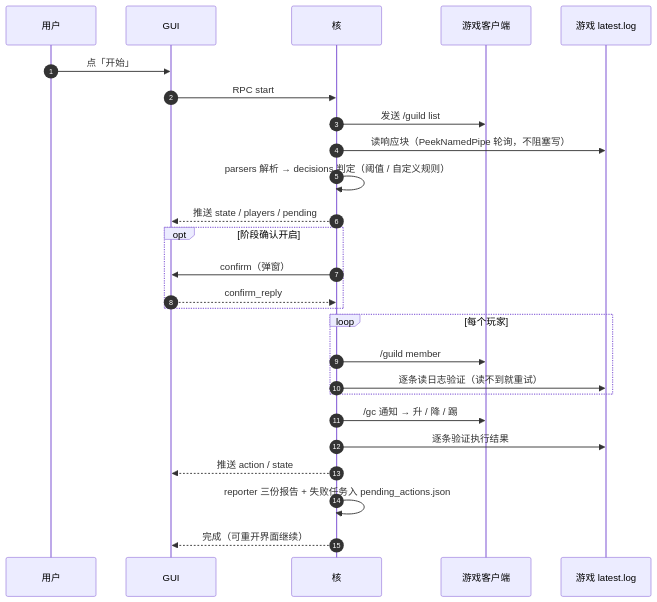
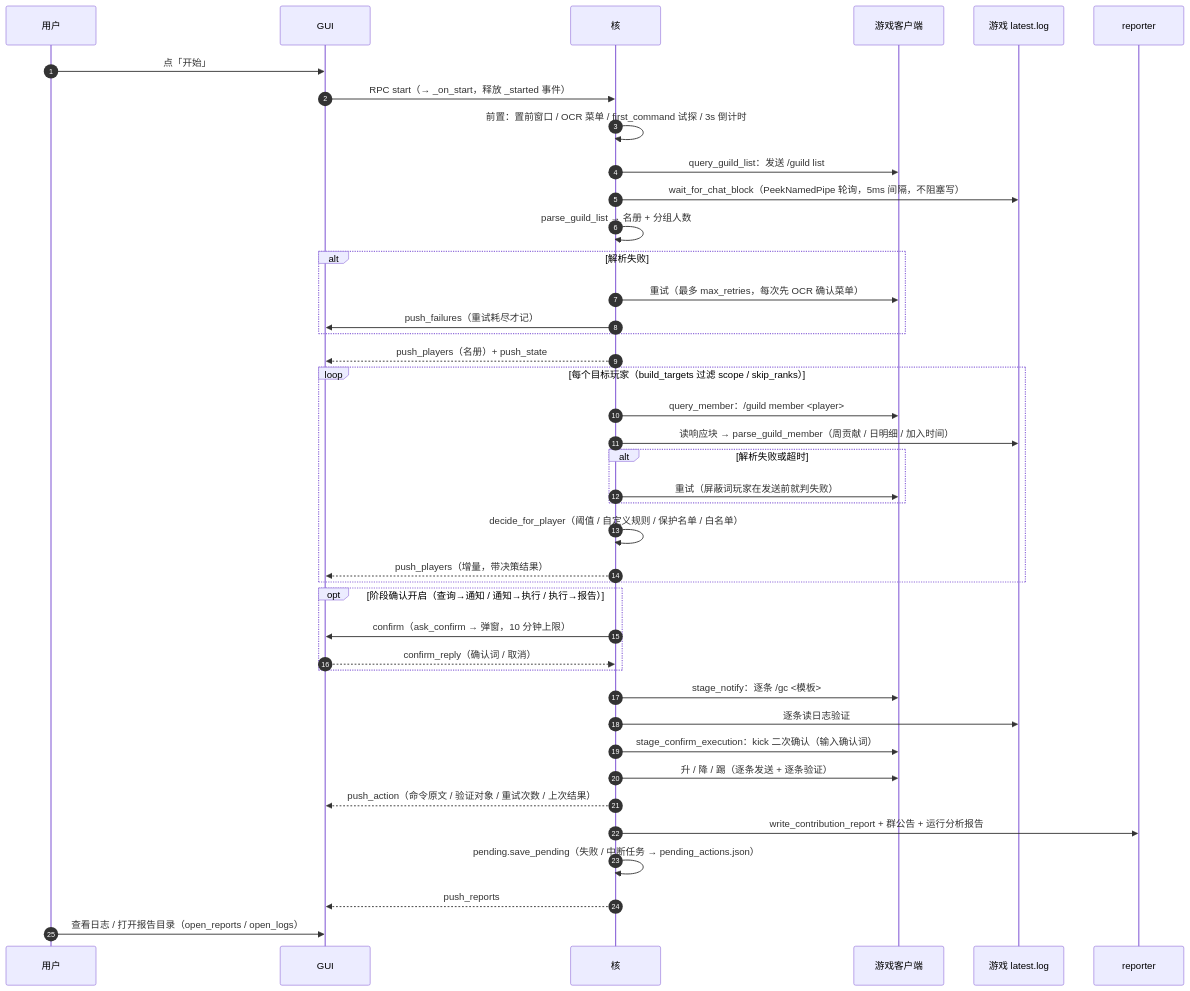
Before and after one commit to Minecraft269/bujidao-guild-auto: the third of 11 diagrams in docs/流程与架构图.md, drawn with Mermaid. The commit also changed other lines of this file, not shown here.

First line of the commit message:
docs: 时序图细化到可执行粒度（4 张图 + 阶段对照表） (#21)

````diff
--- a/docs/流程与架构图.md
+++ b/docs/流程与架构图.md
@@ -183,32 +214,49 @@
 ```mermaid
 sequenceDiagram
     autonumber
     participant U as 用户
     participant GUI as GUI
     participant CORE as 核
     participant GAME as 游戏客户端
     participant LOGF as 游戏 latest.log
+    participant REP as reporter
 
     U->>GUI: 点「开始」
-    GUI->>CORE: RPC start
-    CORE->>GAME: 发送 /guild list
-    CORE->>LOGF: 读响应块（PeekNamedPipe 轮询，不阻塞写）
-    CORE->>CORE: parsers 解析 → decisions 判定（阈值 / 自定义规则）
-    CORE-->>GUI: 推送 state / players / pending
+    GUI->>CORE: RPC start（→ _on_start，释放 _started 事件）
+    CORE->>CORE: 前置：置前窗口 / OCR 菜单 / first_command 试探 / 3s 倒计时
 
-    opt 阶段确认开启
-        CORE->>GUI: confirm（弹窗）
-        GUI-->>CORE: confirm_reply
+    CORE->>GAME: query_guild_list：发送 /guild list
+    CORE->>LOGF: wait_for_chat_block（PeekNamedPipe 轮询，5ms 间隔，不阻塞写）
+    CORE->>CORE: parse_guild_list → 名册 + 分组人数
+    alt 解析失败
+        CORE->>GAME: 重试（最多 max_retries，每次先 OCR 确认菜单）
+        CORE->>GUI: push_failures（重试耗尽才记）
+    end
+    CORE-->>GUI: push_players（名册）+ push_state
+
+    loop 每个目标玩家（build_targets 过滤 scope / skip_ranks）
+        CORE->>GAME: query_member：/guild member <player>
+        CORE->>LOGF: 读响应块 → parse_guild_member（周贡献 / 日明细 / 加入时间）
+        alt 解析失败或超时
+            CORE->>GAME: 重试（屏蔽词玩家在发送前就判失败）
+        end
+        CORE->>CORE: decide_for_player（阈值 / 自定义规则 / 保护名单 / 白名单）
+        CORE-->>GUI: push_players（增量，带决策结果）
     end
 
-    loop 每个玩家
-        CORE->>GAME: /guild member
-        CORE->>LOGF: 逐条读日志验证（读不到就重试）
+    opt 阶段确认开启（查询→通知 / 通知→执行 / 执行→报告）
+        CORE->>GUI: confirm（ask_confirm → 弹窗，10 分钟上限）
+        GUI-->>CORE: confirm_reply（确认词 / 取消）
     end
 
-    CORE->>GAME: /gc 通知 → 升 / 降 / 踢
-    CORE->>LOGF: 逐条验证执行结果
-    CORE-->>GUI: 推送 action / state
-    CORE->>CORE: reporter 三份报告 + 失败任务入 pending_actions.json
-    CORE-->>GUI: 完成（可重开界面继续）
+    CORE->>GAME: stage_notify：逐条 /gc <模板>
+    CORE->>LOGF: 逐条读日志验证
+    CORE->>GAME: stage_confirm_execution：kick 二次确认（输入确认词）
+    CORE->>GAME: 升 / 降 / 踢（逐条发送 + 逐条验证）
+    CORE-->>GUI: push_action（命令原文 / 验证对象 / 重试次数 / 上次结果）
+
+    CORE->>REP: write_contribution_report + 群公告 + 运行分析报告
+    CORE->>CORE: pending.save_pending（失败 / 中断任务 → pending_actions.json）
+    CORE-->>GUI: push_reports
+    U->>GUI: 查看日志 / 打开报告目录（open_reports / open_logs）
 ```
````
